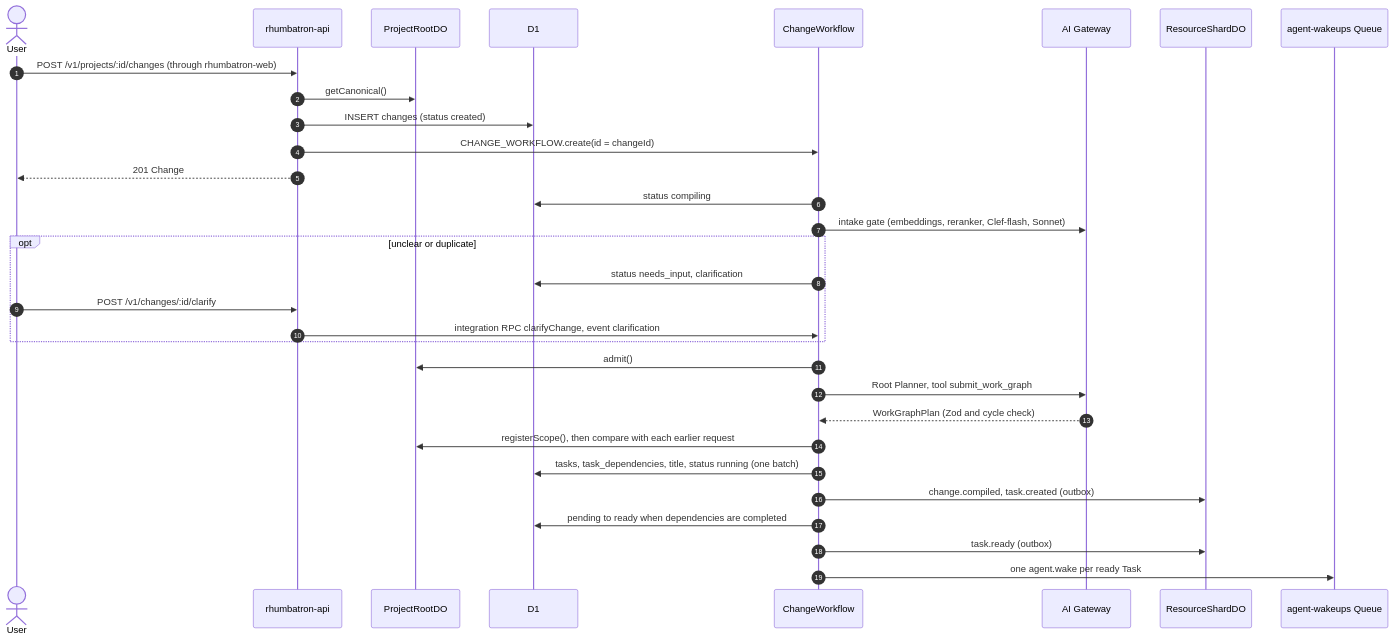
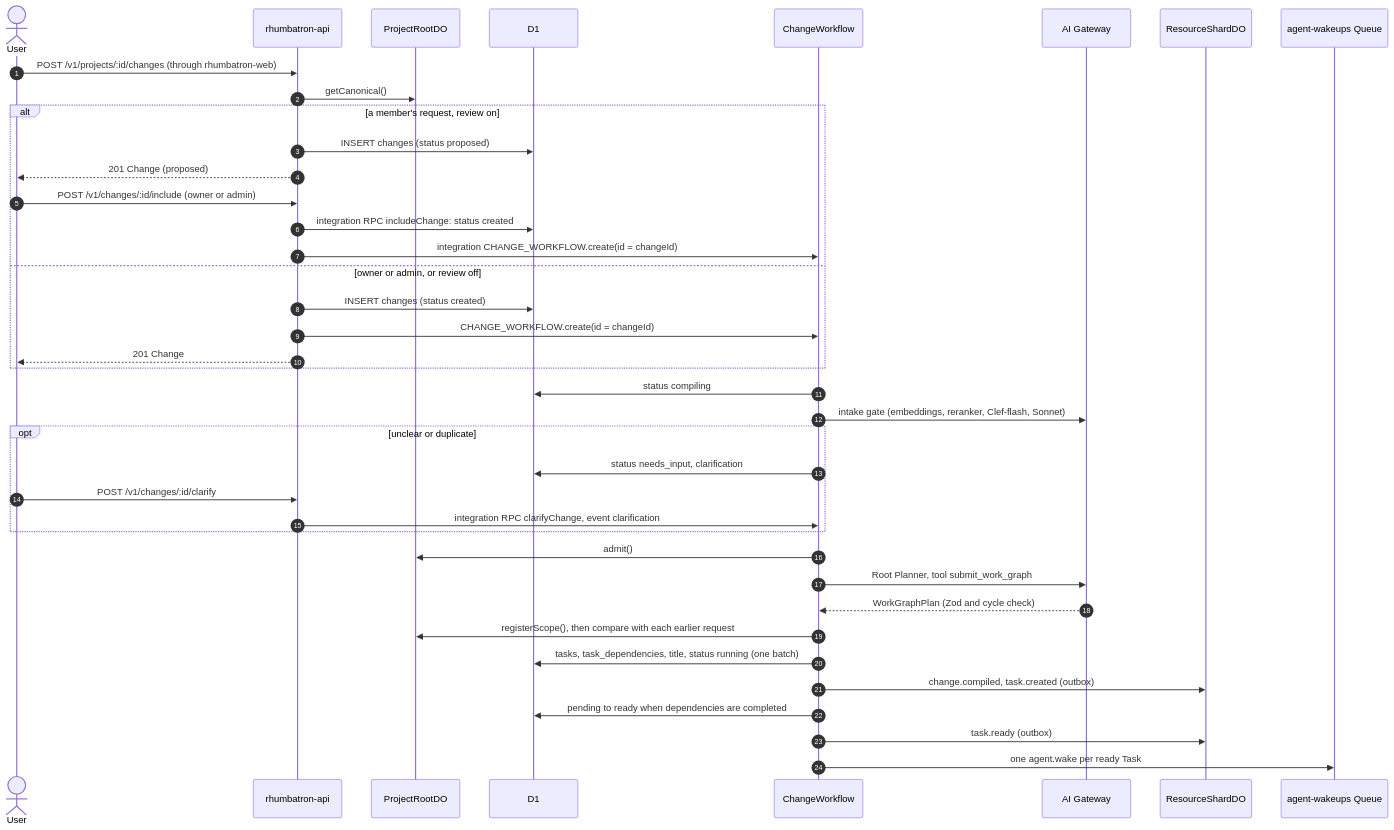
The first of 7 diagrams in docs/architecture/change-lifecycle.md (nsudhanva/rhumbatron), drawn with Mermaid before and after one commit. The commit also changed other lines of this file and 126 other files, not shown here.

First line of the commit message:
feat(web): roles, request review, Board, replay, and short titles

````diff
--- a/docs/architecture/change-lifecycle.md
+++ b/docs/architecture/change-lifecycle.md
@@ -28,34 +31,42 @@
 ```mermaid
 sequenceDiagram
   autonumber
   actor User
   participant API as rhumbatron-api
   participant Root as ProjectRootDO
   participant D1 as D1
   participant CW as ChangeWorkflow
   participant GW as AI Gateway
   participant Shard as ResourceShardDO
   participant WQ as agent-wakeups Queue
 
   User->>API: POST /v1/projects/:id/changes (through rhumbatron-web)
   API->>Root: getCanonical()
-  API->>D1: INSERT changes (status created)
-  API->>CW: CHANGE_WORKFLOW.create(id = changeId)
-  API-->>User: 201 Change
+  alt a member's request, review on
+    API->>D1: INSERT changes (status proposed)
+    API-->>User: 201 Change (proposed)
+    User->>API: POST /v1/changes/:id/include (owner or admin)
+    API->>D1: integration RPC includeChange: status created
+    API->>CW: integration CHANGE_WORKFLOW.create(id = changeId)
+  else owner or admin, or review off
+    API->>D1: INSERT changes (status created)
+    API->>CW: CHANGE_WORKFLOW.create(id = changeId)
+    API-->>User: 201 Change
+  end
   CW->>D1: status compiling
   CW->>GW: intake gate (embeddings, reranker, Clef-flash, Sonnet)
   opt unclear or duplicate
     CW->>D1: status needs_input, clarification
     User->>API: POST /v1/changes/:id/clarify
     API->>CW: integration RPC clarifyChange, event clarification
   end
   CW->>Root: admit()
   CW->>GW: Root Planner, tool submit_work_graph
   GW-->>CW: WorkGraphPlan (Zod and cycle check)
   CW->>Root: registerScope(), then compare with each earlier request
   CW->>D1: tasks, task_dependencies, title, status running (one batch)
   CW->>Shard: change.compiled, task.created (outbox)
   CW->>D1: pending to ready when dependencies are completed
   CW->>Shard: task.ready (outbox)
   CW->>WQ: one agent.wake per ready Task
 ```
````
